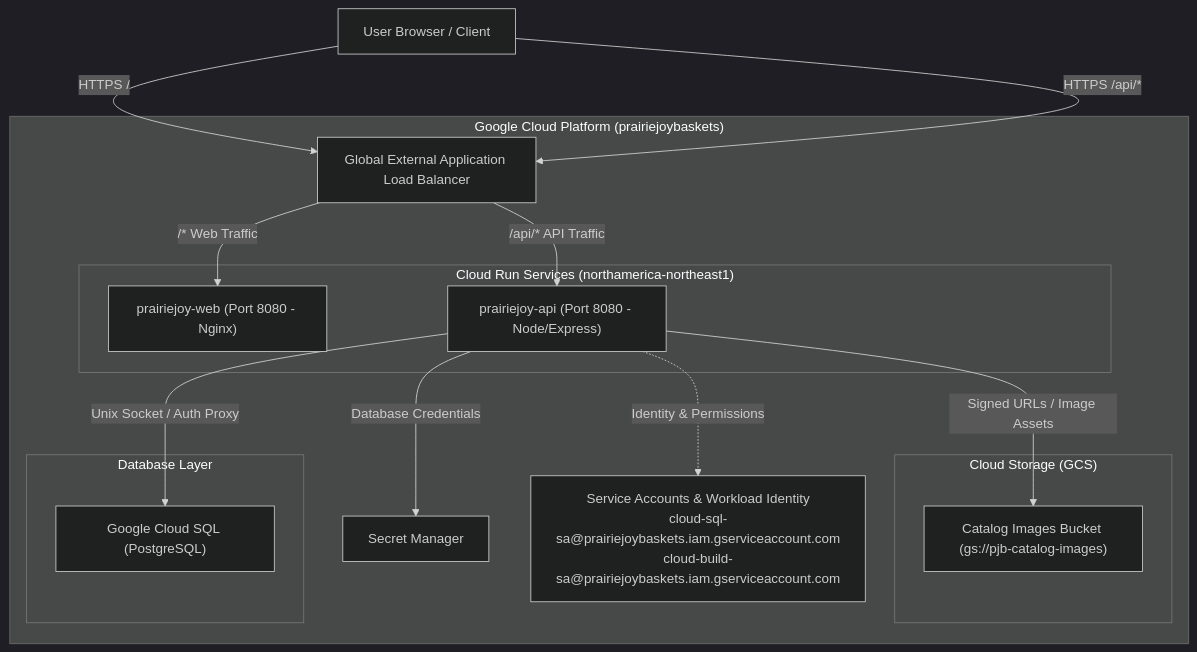
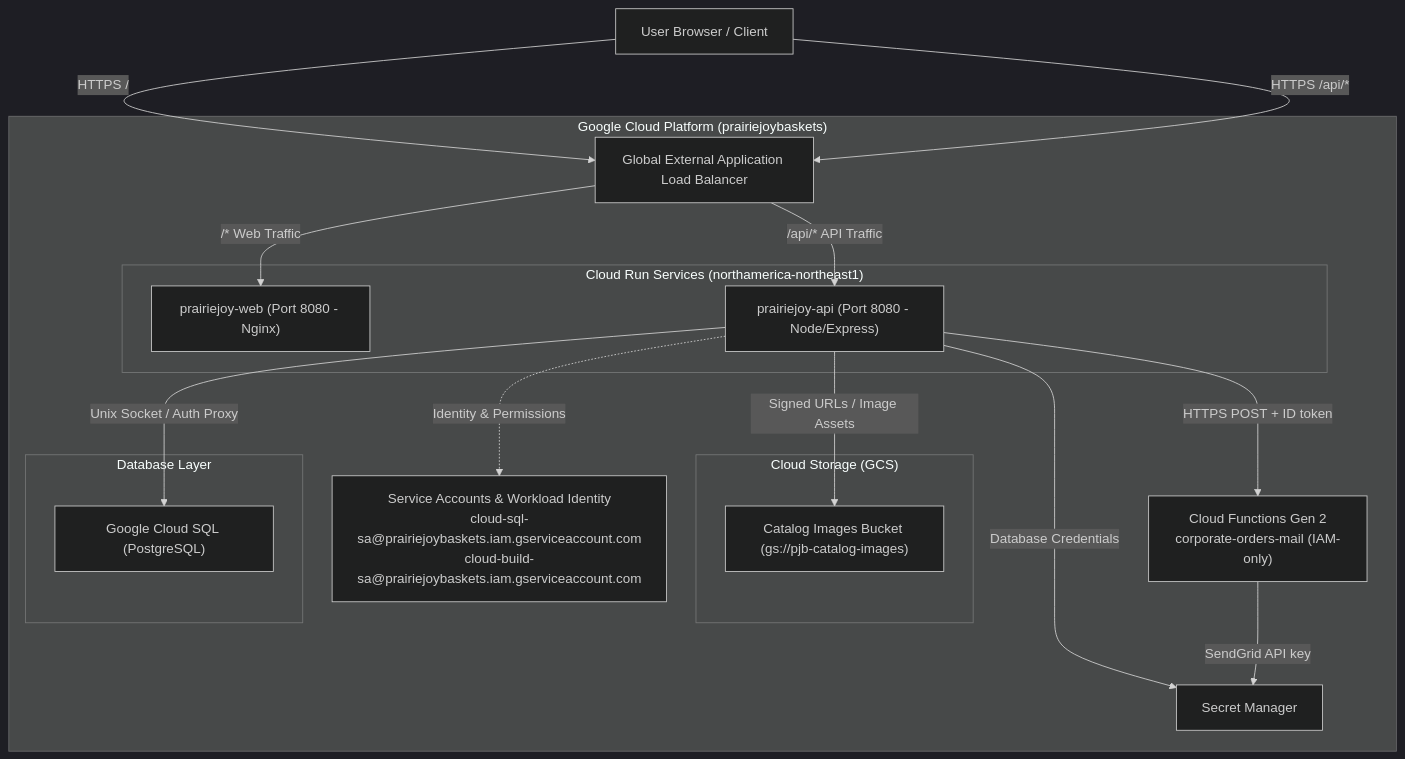
One commit to Dgoralkin/PrairieJoyBaskets changed the diagram in PROJECT_ARCHITECTURE.md. Above: the diagram before and after it, drawn with Mermaid (dark theme). The commit also changed other lines of this file and 8 other files, not shown here.

Commit message:
Sendgrid deployed to CloudRun

````diff
--- a/PROJECT_ARCHITECTURE.md
+++ b/PROJECT_ARCHITECTURE.md
@@ -12,35 +12,38 @@
 ```mermaid
 flowchart TD
     Client["User Browser / Client"]
 
     subgraph GCP["Google Cloud Platform (prairiejoybaskets)"]
         GLB["Global External Application Load Balancer"]
         
         subgraph CloudRun["Cloud Run Services (northamerica-northeast1)"]
             WebRun["prairiejoy-web (Port 8080 - Nginx)"]
             ApiRun["prairiejoy-api (Port 8080 - Node/Express)"]
         end
+        EmailFunction["Cloud Functions Gen 2\ncorporate-orders-mail (IAM-only)"]
 
         subgraph Storage["Cloud Storage (GCS)"]
             GCS_Images["Catalog Images Bucket (gs://pjb-catalog-images)"]
         end
         
         subgraph Data["Database Layer"]
             CloudSQL["Google Cloud SQL (PostgreSQL)"]
         end
 
         SecretMgr["Secret Manager"]
         IAM["Service Accounts & Workload Identity\ncloud-sql-sa@prairiejoybaskets.iam.gserviceaccount.com\ncloud-build-sa@prairiejoybaskets.iam.gserviceaccount.com"]
     end
 
     Client -->|HTTPS /| GLB
     Client -->|HTTPS /api/*| GLB
     
     GLB -->|/* Web Traffic| WebRun
     GLB -->|/api/* API Traffic| ApiRun
     
     ApiRun -->|Unix Socket / Auth Proxy| CloudSQL
     ApiRun -->|Signed URLs / Image Assets| GCS_Images
     ApiRun -->|Database Credentials| SecretMgr
     ApiRun -.->|Identity & Permissions| IAM
+    ApiRun -->|HTTPS POST + ID token| EmailFunction
+    EmailFunction -->|SendGrid API key| SecretMgr
 ```
````
